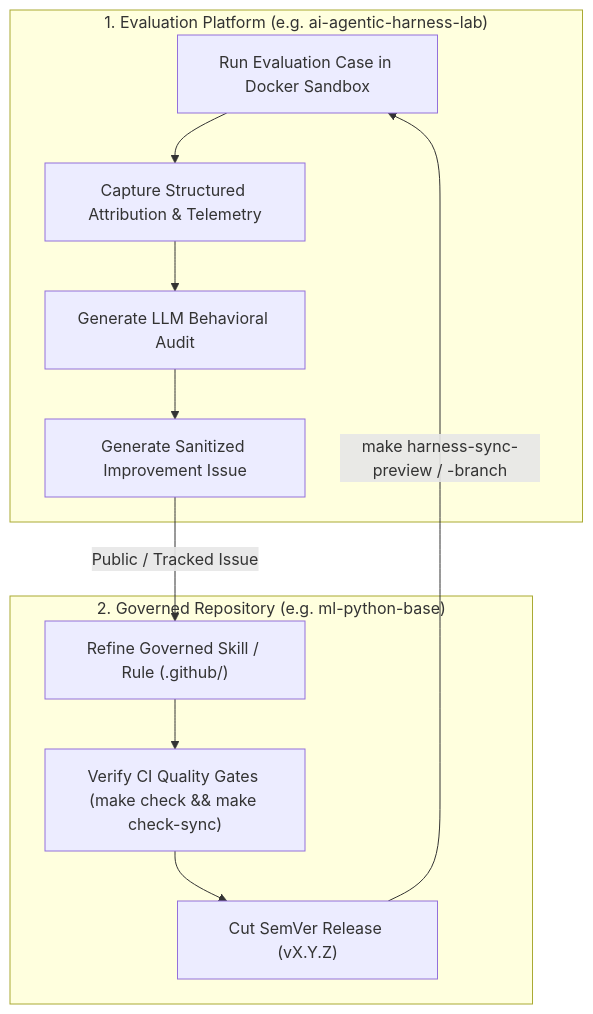
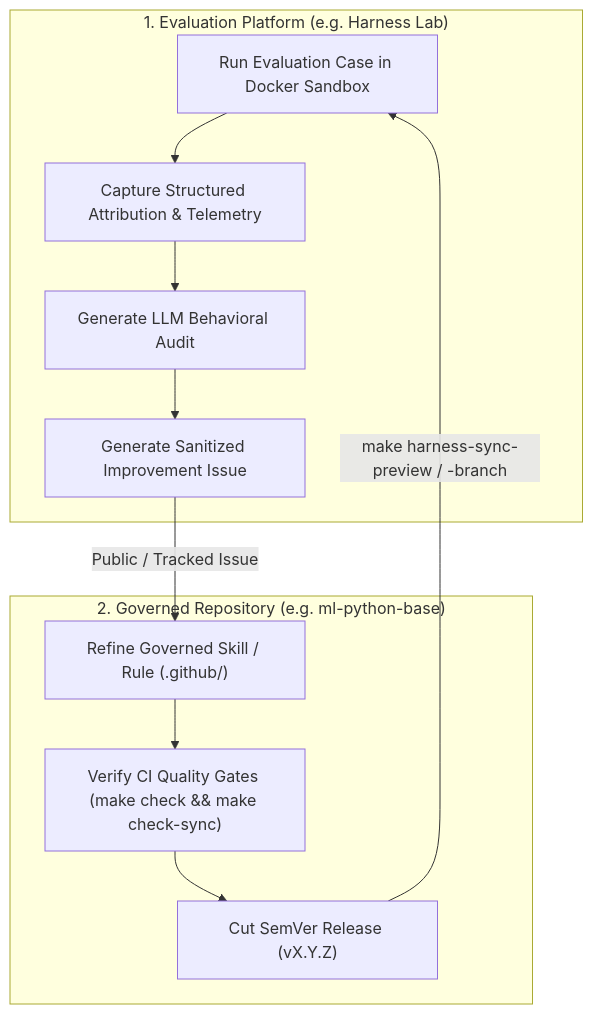
The first of 2 diagrams in docs/en/adoption/continuous-harness-improvement.md (marcosdh1987/harness-engineering-guide), drawn with Mermaid before and after one commit. The commit also changed 25 other files, not shown here.

````diff
--- a/docs/en/adoption/continuous-harness-improvement.md
+++ b/docs/en/adoption/continuous-harness-improvement.md
@@ -13,20 +13,20 @@
 ```mermaid
 flowchart TB
-    subgraph LAB["1. Evaluation Platform (e.g. ai-agentic-harness-lab)"]
+    subgraph LAB["1. Evaluation Platform (e.g. Harness Lab)"]
         RUN["Run Evaluation Case in Docker Sandbox"]
         ATTR["Capture Structured Attribution & Telemetry"]
         AUD["Generate LLM Behavioral Audit"]
         ISSUE["Generate Sanitized Improvement Issue"]
     end
 
     subgraph GOV["2. Governed Repository (e.g. ml-python-base)"]
         EDIT["Refine Governed Skill / Rule (.github/)"]
         GATE["Verify CI Quality Gates (make check && make check-sync)"]
         REL["Cut SemVer Release (vX.Y.Z)"]
     end
 
     RUN --> ATTR --> AUD --> ISSUE
     ISSUE -->|"Public / Tracked Issue"| EDIT
     EDIT --> GATE --> REL
     REL -->|"make harness-sync-preview / -branch"| RUN
 ```
````
